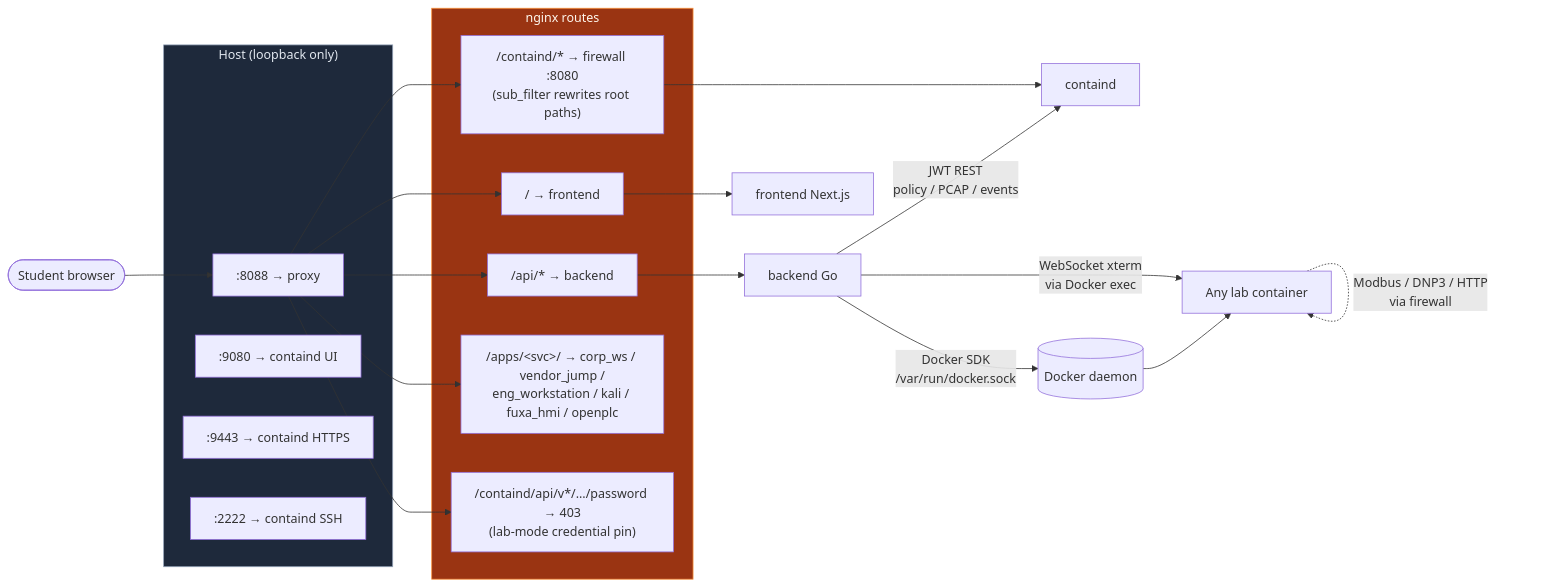
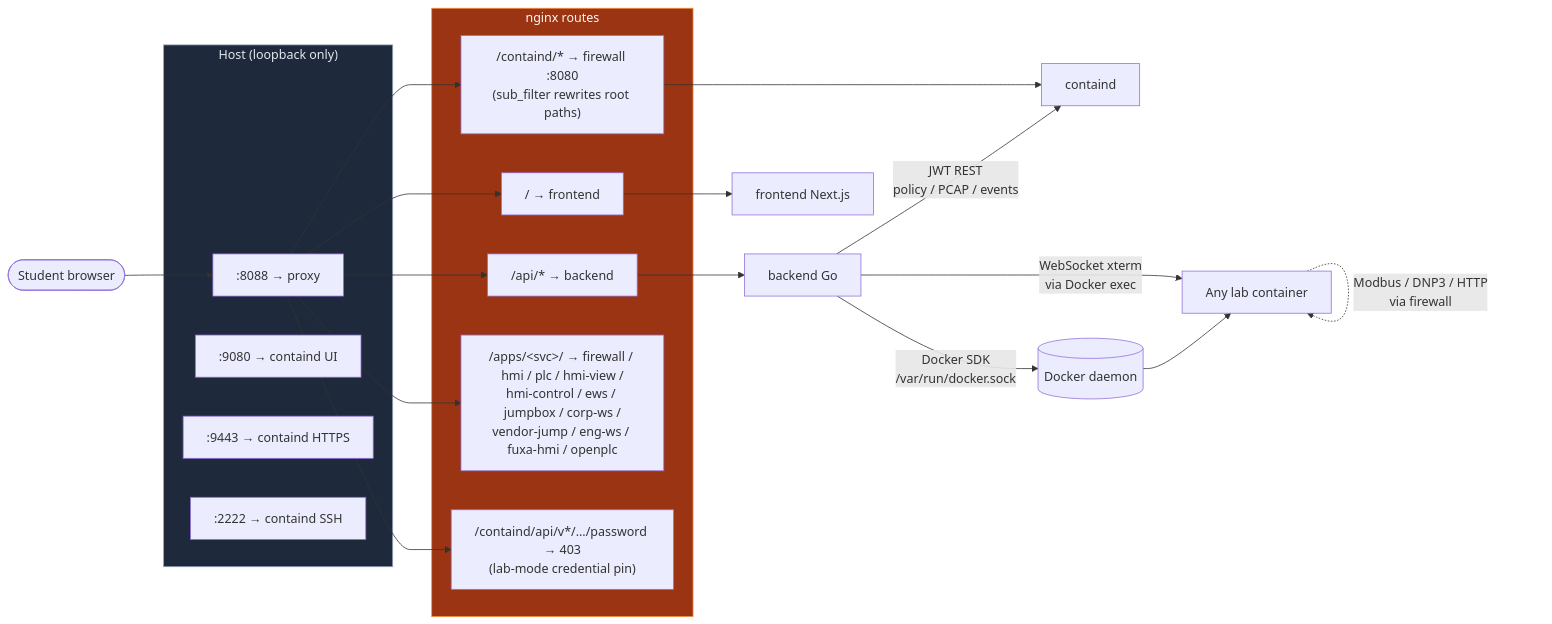
One commit to tonylturner/rangerdanger changed the third of 3 diagrams in docs/architecture-diagram.md. Above: the diagram before and after it, drawn with Mermaid. The commit also changed other lines of this file and 17 other files, not shown here.

````diff
--- a/docs/architecture-diagram.md
+++ b/docs/architecture-diagram.md
@@ -247,46 +244,46 @@
 ```mermaid
 flowchart LR
     Browser([Student browser])
 
     subgraph host["Host (loopback only)"]
         port8088[":8088 → proxy"]
         port9080[":9080 → containd UI"]
         port9443[":9443 → containd HTTPS"]
         port2222[":2222 → containd SSH"]
     end
 
     subgraph proxy_routes["nginx routes"]
         r_root["/ → frontend"]
         r_api["/api/* → backend"]
         r_containd["/containd/* → firewall :8080<br/>(sub_filter rewrites root paths)"]
-        r_apps["/apps/&lt;svc&gt;/ → corp_ws / vendor_jump /<br/>eng_workstation / kali / fuxa_hmi / openplc"]
+        r_apps["/apps/&lt;svc&gt;/ → firewall / hmi / plc / hmi-view /<br/>hmi-control / ews / jumpbox / corp-ws /<br/>vendor-jump / eng-ws / fuxa-hmi / openplc"]
         r_block["/containd/api/v*/.../password → 403<br/>(lab-mode credential pin)"]
     end
 
     Browser --> port8088
     port8088 --> r_root
     port8088 --> r_api
     port8088 --> r_containd
     port8088 --> r_apps
     port8088 --> r_block
 
     backend2[backend Go]
     frontend2[frontend Next.js]
     firewall2[containd]
 
     r_root --> frontend2
     r_api --> backend2
     r_containd --> firewall2
 
     backend2 -- "Docker SDK<br/>/var/run/docker.sock" --> dockerd[(Docker daemon)]
     backend2 -- "JWT REST<br/>policy / PCAP / events" --> firewall2
     backend2 -- "WebSocket xterm<br/>via Docker exec" --> labcontainer[Any lab container]
 
     dockerd --> labcontainer
     labcontainer -. "Modbus / DNP3 / HTTP<br/>via firewall" .-> labcontainer
 
     classDef hostBox fill:#1e293b,stroke:#94a3b8,color:#e2e8f0
     classDef proxyBox fill:#9a3412,stroke:#fb923c,color:#fff7ed
     class host hostBox
     class proxy_routes proxyBox
 ```
````
